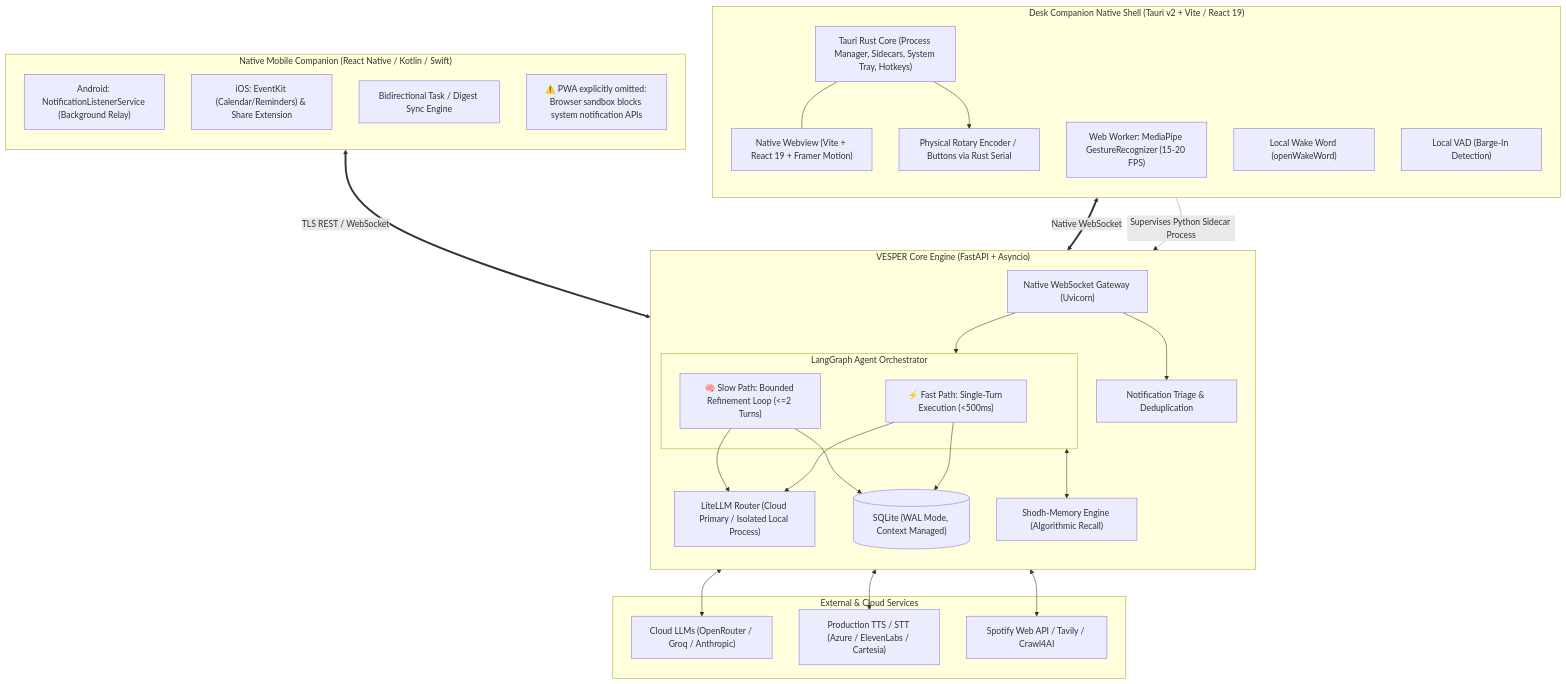
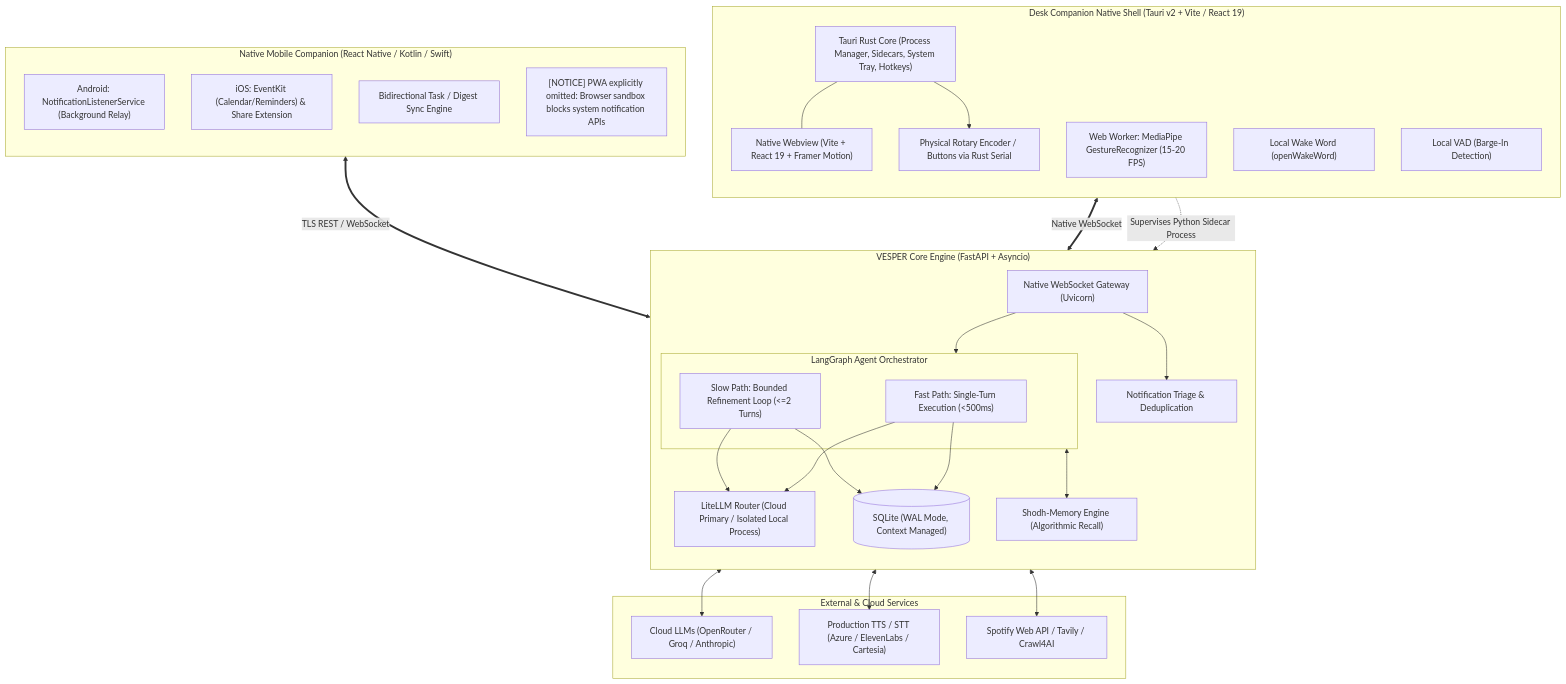
The second of 3 diagrams in docs/vesper_desk_companion_specification.md (MIHIRrPATIL/VESPER), drawn with Mermaid before and after one commit. The commit also changed other lines of this file and 74 other files, not shown here.

````diff
--- a/docs/vesper_desk_companion_specification.md
+++ b/docs/vesper_desk_companion_specification.md
@@ -77,57 +77,57 @@
 ```mermaid
 graph TB
     subgraph DeskClient ["Desk Companion Native Shell (Tauri v2 + Vite / React 19)"]
         direction TB
         RustCore["Tauri Rust Core (Process Manager, Sidecars, System Tray, Hotkeys)"]
         Webview["Native Webview (Vite + React 19 + Framer Motion)"]
         WebWorker["Web Worker: MediaPipe GestureRecognizer (15-20 FPS)"]
         WakeWord["Local Wake Word (openWakeWord)"]
         LocalVAD["Local VAD (Barge-In Detection)"]
         HardwareControls["Physical Rotary Encoder / Buttons via Rust Serial"]
         RustCore --- Webview
         RustCore --> HardwareControls
     end
 
     subgraph MobileCompanion ["Native Mobile Companion (React Native / Kotlin / Swift)"]
         direction TB
         AndroidService["Android: NotificationListenerService (Background Relay)"]
         iOSService["iOS: EventKit (Calendar/Reminders) & Share Extension"]
         MobileSync["Bidirectional Task / Digest Sync Engine"]
-        noteNoPWA["⚠️ PWA explicitly omitted: Browser sandbox blocks system notification APIs"]
+        noteNoPWA["[NOTICE] PWA explicitly omitted: Browser sandbox blocks system notification APIs"]
     end
 
     subgraph BackendCore ["VESPER Core Engine (FastAPI + Asyncio)"]
         direction TB
         WSGateway["Native WebSocket Gateway (Uvicorn)"]
         TriageEngine["Notification Triage & Deduplication"]
         
         subgraph AgentOrchestrator ["LangGraph Agent Orchestrator"]
-            FastPath["⚡ Fast Path: Single-Turn Execution (<500ms)"]
-            SlowPath["🧠 Slow Path: Bounded Refinement Loop (<=2 Turns)"]
+            FastPath["Fast Path: Single-Turn Execution (<500ms)"]
+            SlowPath["Slow Path: Bounded Refinement Loop (<=2 Turns)"]
         end
 
         LLMRouter["LiteLLM Router (Cloud Primary / Isolated Local Process)"]
         MemoryLayer["Shodh-Memory Engine (Algorithmic Recall)"]
         DataLayer[("SQLite (WAL Mode, Context Managed)")]
     end
 
     subgraph CloudServices ["External & Cloud Services"]
         CloudLLM["Cloud LLMs (OpenRouter / Groq / Anthropic)"]
         CloudSpeech["Production TTS / STT (Azure / ElevenLabs / Cartesia)"]
         WebAPIs["Spotify Web API / Tavily / Crawl4AI"]
     end
 
     RustCore -.->|Supervises Python Sidecar Process| BackendCore
     Webview <== "Native WebSocket" ==> WSGateway
     MobileCompanion <== "TLS REST / WebSocket" ==> WSGateway
     WSGateway --> TriageEngine
     WSGateway --> AgentOrchestrator
     FastPath --> LLMRouter
     SlowPath --> LLMRouter
     FastPath --> DataLayer
     SlowPath --> DataLayer
     AgentOrchestrator <--> MemoryLayer
     LLMRouter <--> CloudLLM
     WSGateway <--> CloudSpeech
     SlowPath <--> WebAPIs
 ```
````
